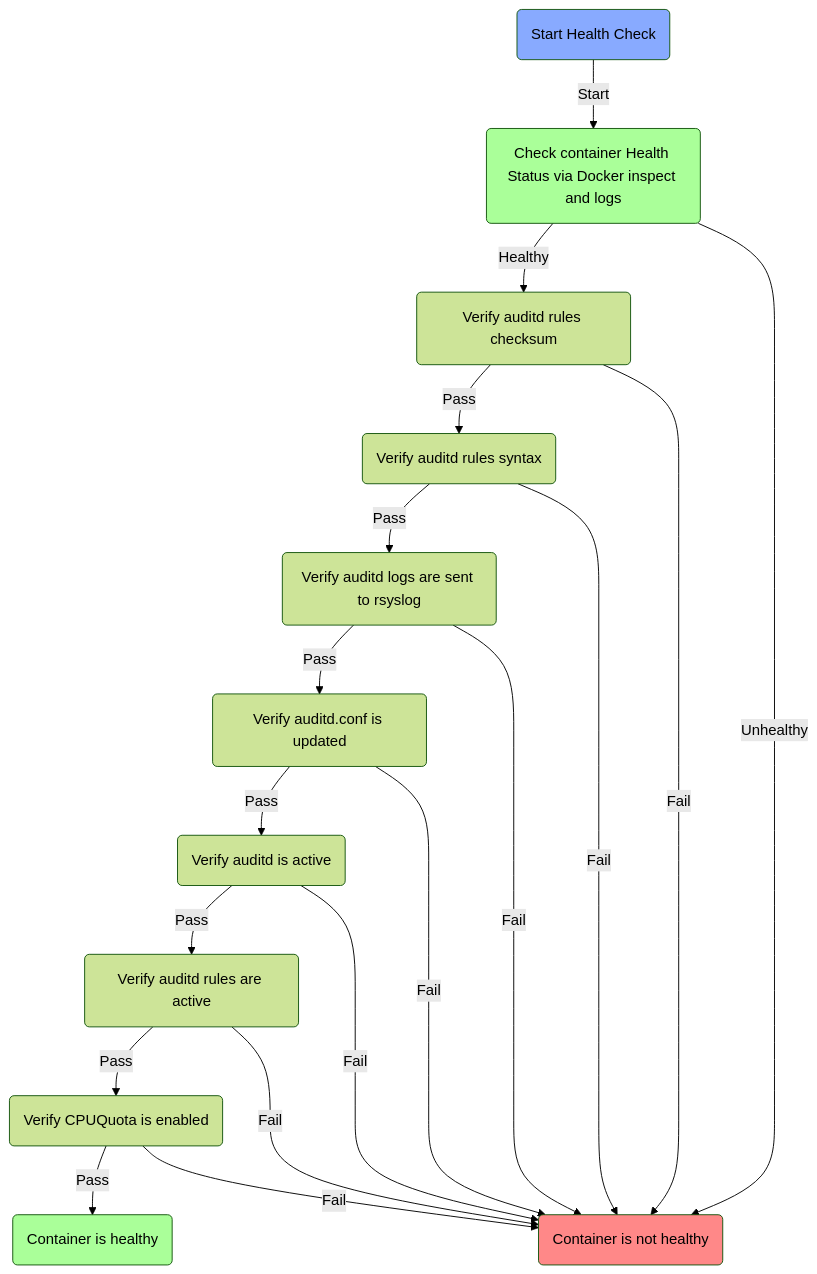
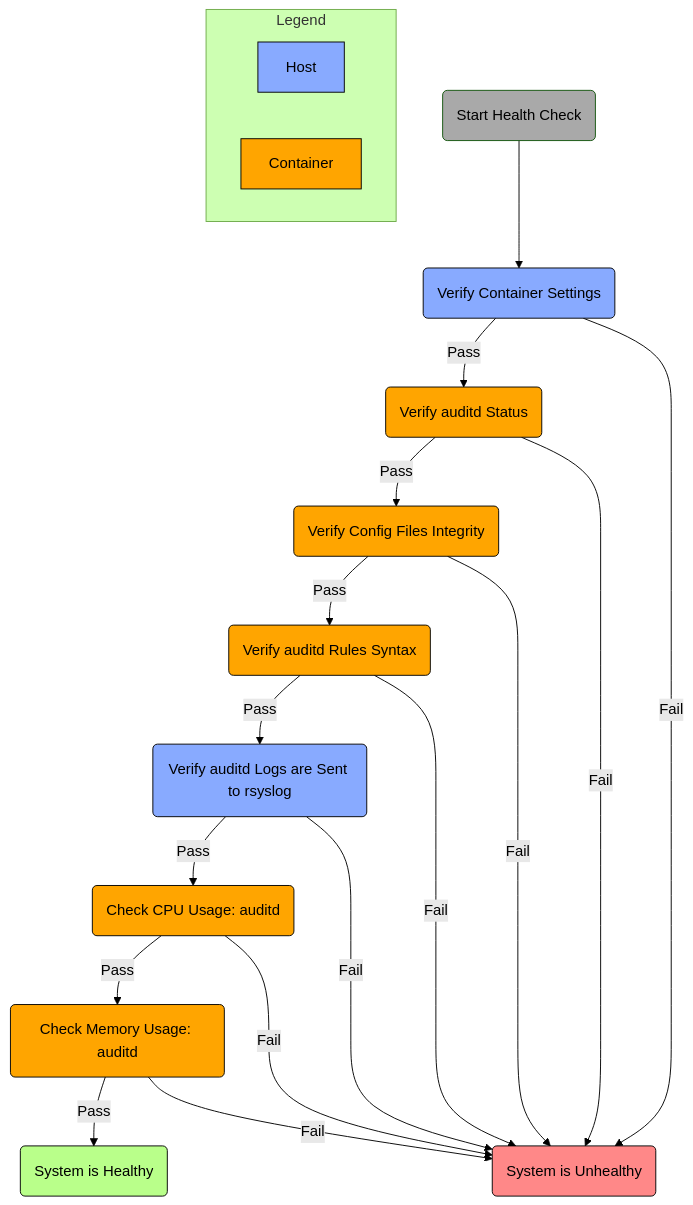
The diagram in auditd_wd.md (maipbui/mermaid), drawn with Mermaid (forest theme) before and after one commit.

````diff
--- a/auditd_wd.md
+++ b/auditd_wd.md
@@ -1,36 +1,47 @@
 ```mermaid
 flowchart
     id_health(Start Health Check)
-    style id_health fill:#8AF
-    id_container(Check container Health Status via Docker inspect and logs)
-    style id_container fill:#AF9
-    id_checksum(Verify auditd rules checksum)
-    id_syntax(Verify auditd rules syntax)
-    id_logs(Verify auditd logs are sent to rsyslog)
-    id_conf(Verify auditd.conf is updated)
-    id_auditd_active(Verify auditd is active)
-    id_rules_active(Verify auditd rules are active)
-    id_cpuquota(Verify CPUQuota is enabled)
-    id_container_healthy(Container is healthy)
-    style id_container_healthy fill:#AF9
-    id_container_not_healthy(Container is not healthy)
-    style id_container_not_healthy fill:#F88
+    style id_health fill:#A9A9A9
+    id_container(Verify Container Settings)
+    style id_container fill:#8AF,stroke:#000
+    id_process(Verify auditd Status)
+    style id_process fill:#FFA500,stroke:#000
+    id_conf(Verify Config Files Integrity)
+    style id_conf fill:#FFA500,stroke:#000
+    id_syntax(Verify auditd Rules Syntax)
+    style id_syntax fill:#FFA500,stroke:#000
+    id_logs(Verify auditd Logs are Sent to rsyslog)
+    style id_logs fill:#8AF,stroke:#000
+    id_cpu(Check CPU Usage: auditd)
+    style id_cpu fill:#FFA500,stroke:#000
+    id_mem(Check Memory Usage: auditd)
+    style id_mem fill:#FFA500,stroke:#000
+    id_healthy(System is Healthy)
+    style id_healthy fill:#b9ff8a,stroke:#000
+    id_not_healthy(System is Unhealthy)
+    style id_not_healthy fill:#F88,stroke:#000
 
-    id_health -->|Start| id_container
-    id_container -->|Healthy| id_checksum
-    id_container -->|Unhealthy| id_container_not_healthy
-    id_checksum -->|Pass| id_syntax
-    id_checksum -->|Fail| id_container_not_healthy
+    id_health --> id_container
+    id_container -->|Pass| id_process
+    id_container -->|Fail| id_not_healthy
+    id_process -->|Pass| id_conf
+    id_process -->|Fail| id_not_healthy
+    id_conf -->|Pass| id_syntax
+    id_conf -->|Fail| id_not_healthy
     id_syntax -->|Pass| id_logs
-    id_syntax -->|Fail| id_container_not_healthy
-    id_logs -->|Pass| id_conf
-    id_logs -->|Fail| id_container_not_healthy
-    id_conf -->|Pass| id_auditd_active
-    id_conf -->|Fail| id_container_not_healthy
-    id_auditd_active -->|Pass| id_rules_active
-    id_auditd_active -->|Fail| id_container_not_healthy
-    id_rules_active -->|Pass| id_cpuquota
-    id_rules_active -->|Fail| id_container_not_healthy
-    id_cpuquota -->|Pass| id_container_healthy
-    id_cpuquota -->|Fail| id_container_not_healthy
+    id_syntax -->|Fail| id_not_healthy
+    id_logs -->|Pass| id_cpu
+    id_logs -->|Fail| id_not_healthy
+    id_cpu -->|Pass| id_mem
+    id_cpu -->|Fail| id_not_healthy
+    id_mem -->|Pass| id_healthy
+    id_mem -->|Fail| id_not_healthy
+
+    subgraph Legend
+        direction LR
+        A[Host]
+        style A fill:#8AF,stroke:#000
+        C[Container]
+        style C fill:#FFA500,stroke:#000
+    end
 ```
````
